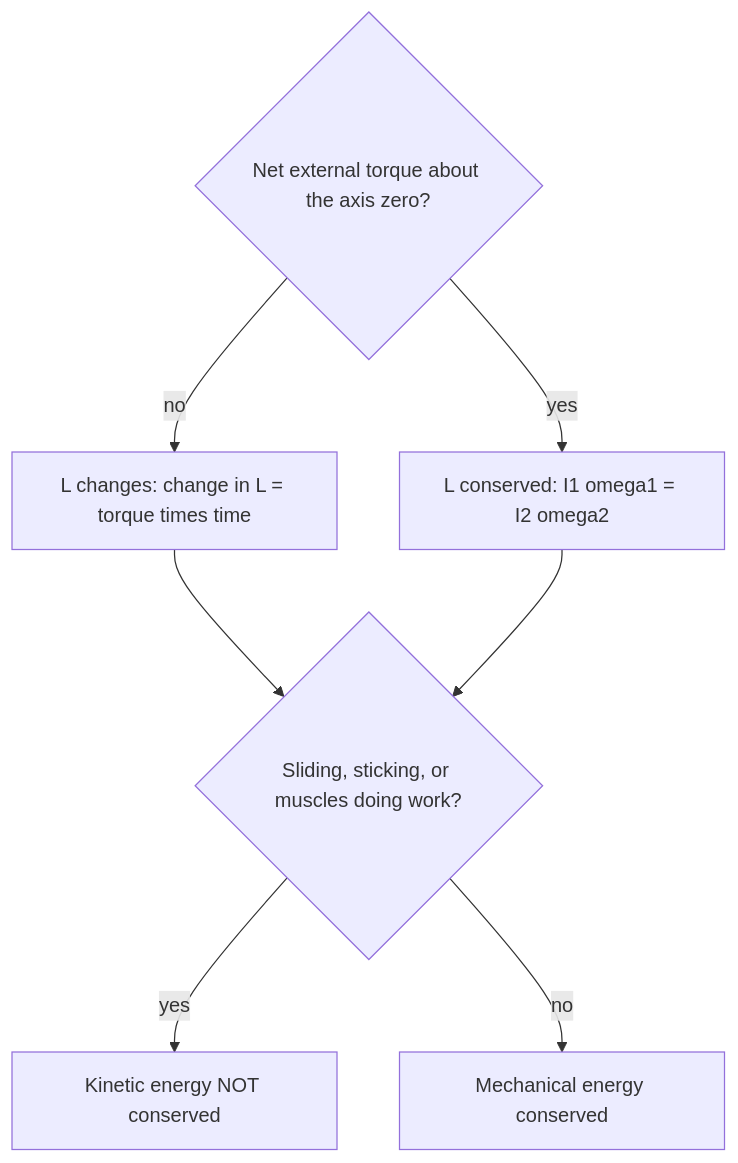
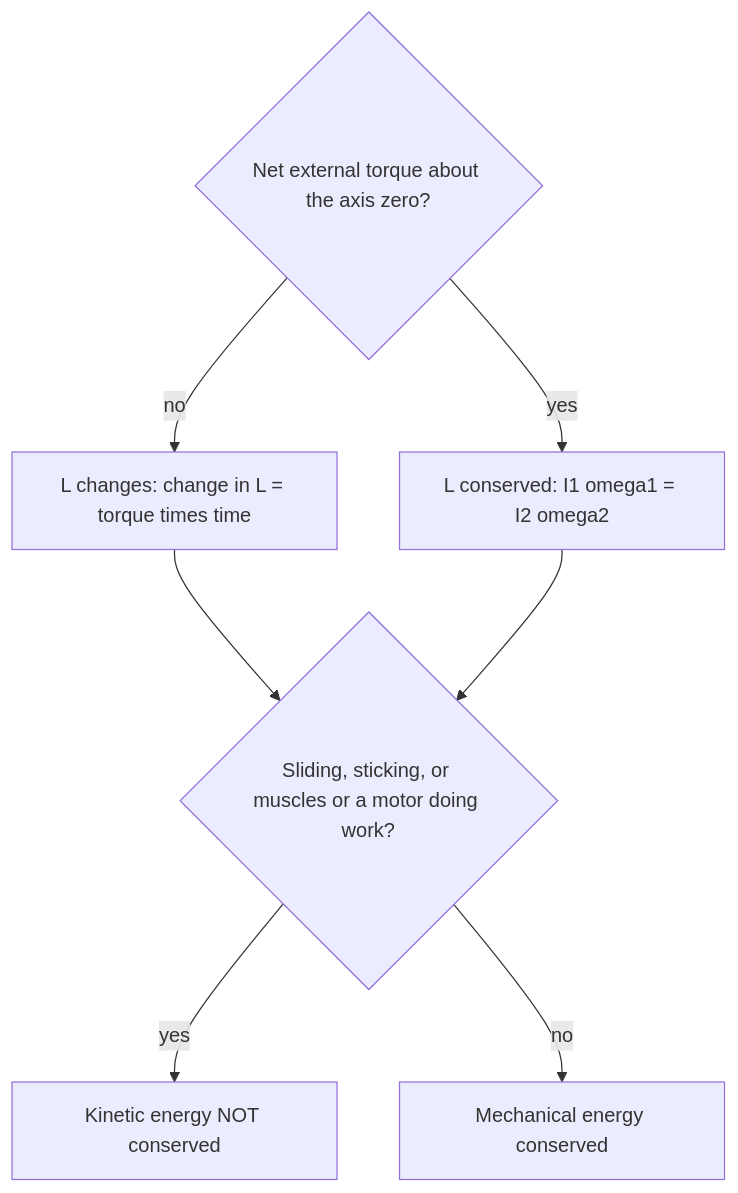
One commit to Aziliz/erudior changed the diagram in content/math/physics/lessons/17-rolling-angular-momentum.md. Above: the diagram before and after it, drawn with Mermaid.

Commit message:
Review round 2: reviews in progress
Claude-Session: https://claude.ai/code/session_01Vha5gaRe2GdnFaiy9xNAq5

````diff
--- a/content/math/physics/lessons/17-rolling-angular-momentum.md
+++ b/content/math/physics/lessons/17-rolling-angular-momentum.md
@@ -76,11 +76,11 @@
 ```mermaid
 flowchart TD
   accTitle: Which quantities are conserved in a rotation problem
-  accDescr: If the net external torque about the axis is not zero, angular momentum changes, and the change equals torque times time. If the net external torque is zero, angular momentum is conserved. In either case, separately ask whether anything converts mechanical energy: if parts slide against each other, stick together, or muscles do work, kinetic energy is not conserved; otherwise, as in rolling without slipping with no losses, mechanical energy is conserved.
+  accDescr: If the net external torque about the axis is not zero, angular momentum changes, and the change equals torque times time. If the net external torque is zero, angular momentum is conserved. In either case, separately ask whether anything converts mechanical energy: if parts slide against each other, stick together, or muscles or a motor do work, kinetic energy is not conserved; otherwise, as in rolling without slipping with no losses, mechanical energy is conserved.
   A{"Net external torque about the axis zero?"} -- no --> B["L changes: change in L = torque times time"]
   A -- yes --> C["L conserved: I1 omega1 = I2 omega2"]
-  B --> D{"Sliding, sticking, or muscles doing work?"}
+  B --> D{"Sliding, sticking, or muscles or a motor doing work?"}
   C --> D
   D -- yes --> E["Kinetic energy NOT conserved"]
   D -- no --> F["Mechanical energy conserved"]
 ```
````
